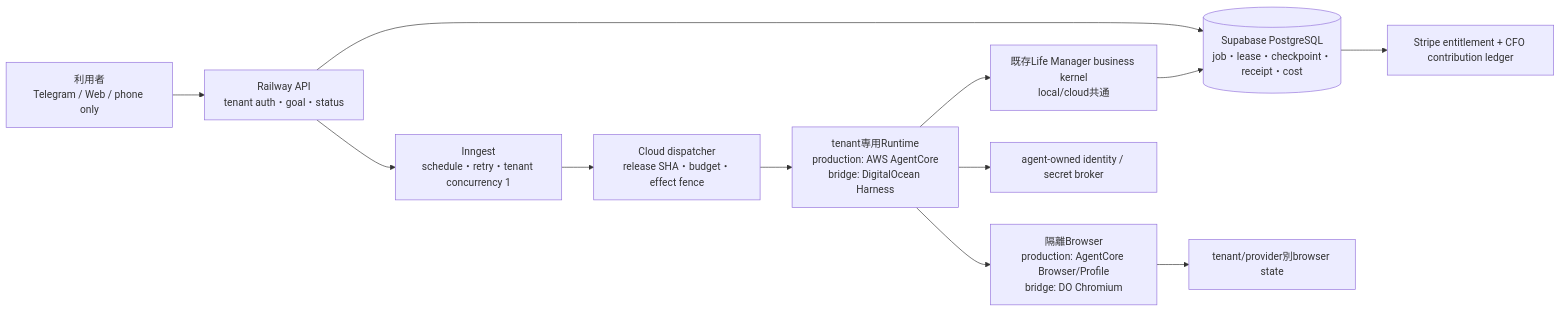
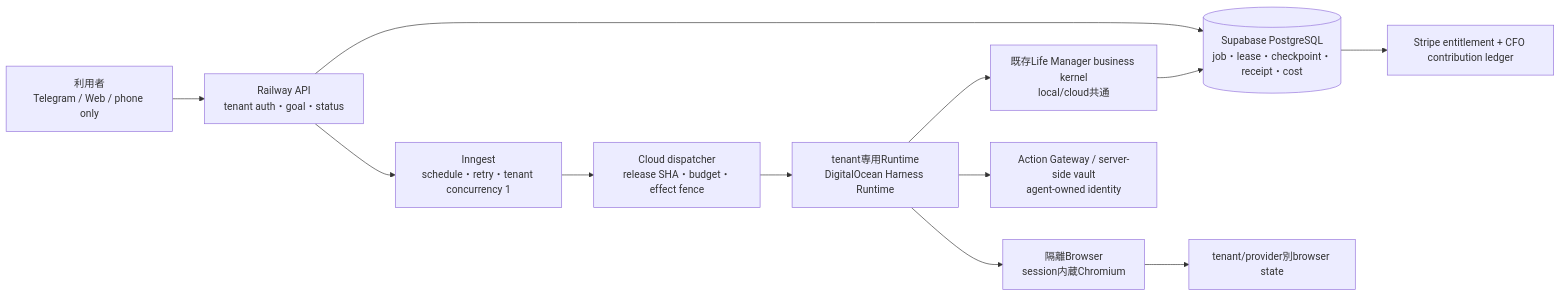
One commit to Daisuke134/life-manager changed the first of 2 diagrams in docs/superpowers/specs/2026-09-28-life-manager-agentcore-cloud-design.md. Above: the diagram before and after it, drawn with Mermaid. The commit also changed other lines of this file and 2 other files, not shown here.

Commit message:
docs: select DigitalOcean for cloud v1

````diff
--- a/docs/superpowers/specs/2026-09-28-life-manager-agentcore-cloud-design.md
+++ b/docs/superpowers/specs/2026-09-28-life-manager-agentcore-cloud-design.md
@@ -13,14 +13,14 @@
 ```mermaid
 flowchart LR
   U[利用者<br/>Telegram / Web / phone only] --> API[Railway API<br/>tenant auth・goal・status]
   API --> PG[(Supabase PostgreSQL<br/>job・lease・checkpoint・receipt・cost)]
   API --> Q[Inngest<br/>schedule・retry・tenant concurrency 1]
   Q --> D[Cloud dispatcher<br/>release SHA・budget・effect fence]
-  D --> R[tenant専用Runtime<br/>production: AWS AgentCore<br/>bridge: DigitalOcean Harness]
+  D --> R[tenant専用Runtime<br/>DigitalOcean Harness Runtime]
   R --> K[既存Life Manager business kernel<br/>local/cloud共通]
-  R --> B[隔離Browser<br/>production: AgentCore Browser/Profile<br/>bridge: DO Chromium]
+  R --> B[隔離Browser<br/>session内蔵Chromium]
   B --> BP[tenant/provider別browser state]
-  R --> ID[agent-owned identity / secret broker]
+  R --> ID[Action Gateway / server-side vault<br/>agent-owned identity]
   K --> PG
   PG --> BILL[Stripe entitlement + CFO contribution ledger]
 ```
````
